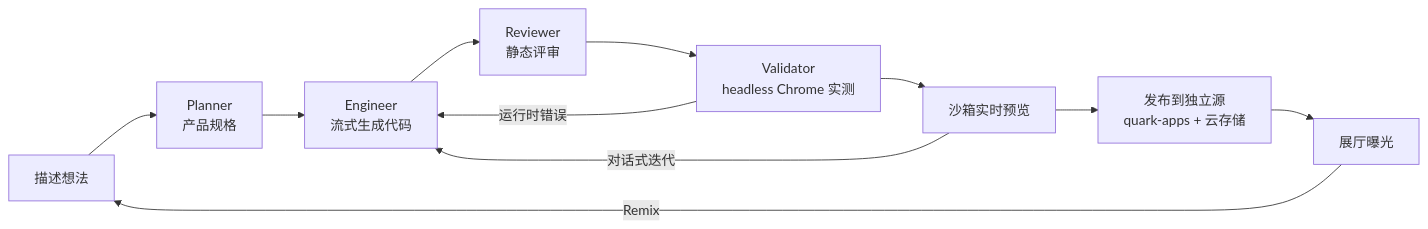
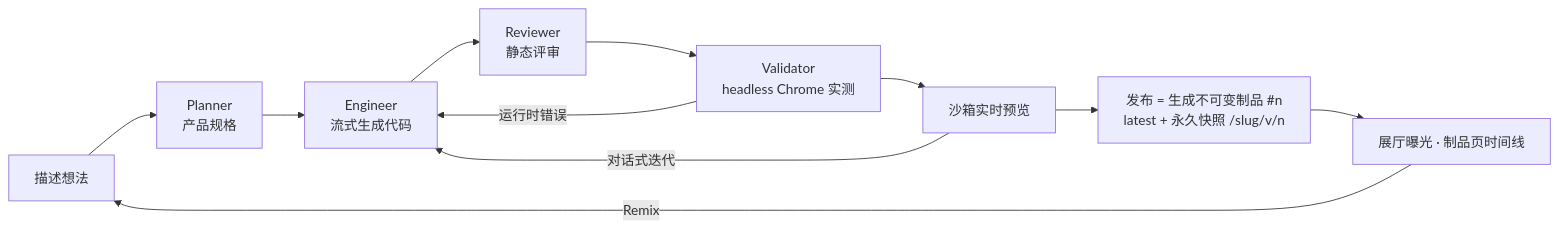
Before and after one commit to MatrixGod-max/atoms-demo: the diagram in README.md, drawn with Mermaid. The commit also changed other lines of this file and 13 other files, not shown here.

````diff
--- a/README.md
+++ b/README.md
@@ -21,13 +21,13 @@
 ```mermaid
 flowchart LR
     A[描述想法] --> B[Planner<br/>产品规格]
     B --> C[Engineer<br/>流式生成代码]
     C --> D[Reviewer<br/>静态评审]
     D --> E[Validator<br/>headless Chrome 实测]
     E -->|运行时错误| C
     E --> F[沙箱实时预览]
     F -->|对话式迭代| C
-    F --> G[发布到独立源<br/>quark-apps + 云存储]
-    G --> H[展厅曝光]
+    F --> G[发布 = 生成不可变制品 #n<br/>latest + 永久快照 /slug/v/n]
+    G --> H[展厅曝光 · 制品页时间线]
     H -->|Remix| A
 ```
````
